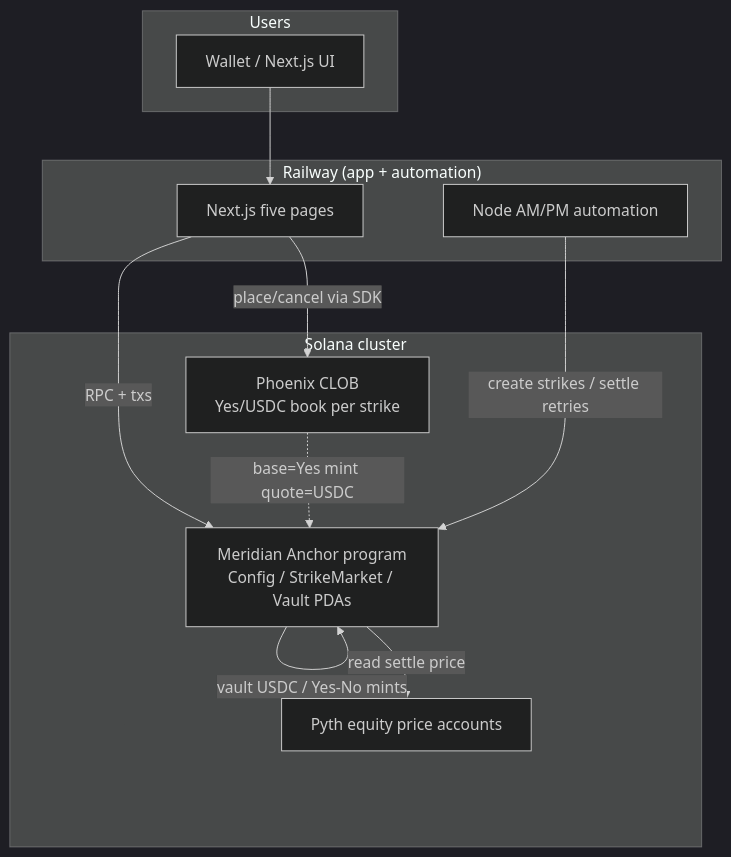
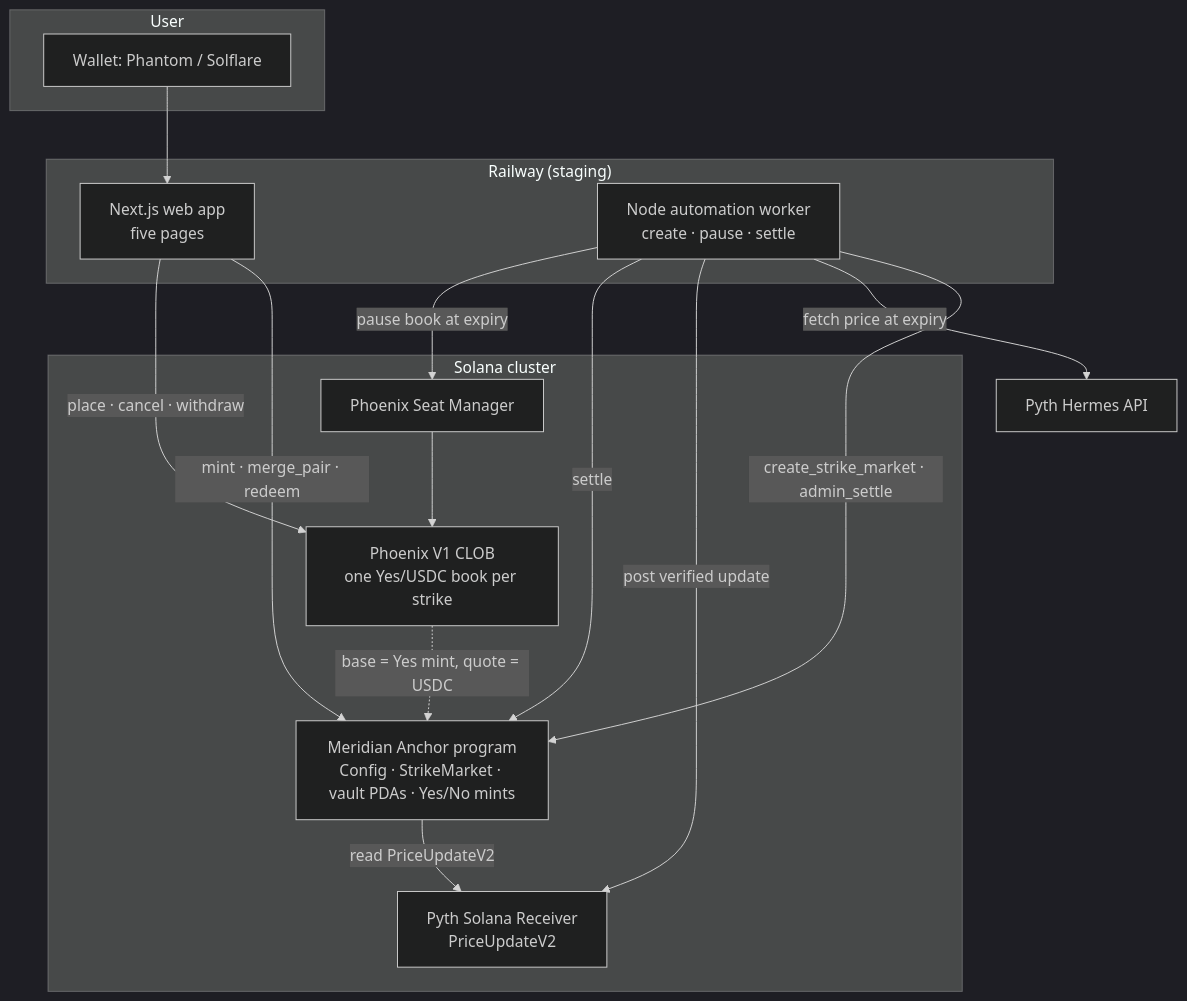
One commit to debudash/meridian-binMAG7-predictionmkt changed the first of 2 diagrams in docs/ARCHITECTURE.md. Above: the diagram before and after it, drawn with Mermaid (dark theme). The commit also changed other lines of this file and 31 other files, not shown here.

````diff
--- a/docs/ARCHITECTURE.md
+++ b/docs/ARCHITECTURE.md
@@ -7,25 +7,32 @@
 ```mermaid
 flowchart TB
-  subgraph Users
-    W[Wallet / Next.js UI]
+  subgraph User
+    W[Wallet: Phantom / Solflare]
   end
 
-  subgraph Railway["Railway (app + automation)"]
-    NX[Next.js five pages]
-    AUTO[Node AM/PM automation]
+  subgraph Railway["Railway (staging)"]
+    NX[Next.js web app<br/>five pages]
+    AUTO[Node automation worker<br/>create · pause · settle]
   end
 
   subgraph Solana["Solana cluster"]
-    PROG[Meridian Anchor program<br/>Config / StrikeMarket / Vault PDAs]
-    PHX[Phoenix CLOB<br/>Yes/USDC book per strike]
-    PYTH[Pyth equity price accounts]
+    PROG[Meridian Anchor program<br/>Config · StrikeMarket · vault PDAs · Yes/No mints]
+    PHX[Phoenix V1 CLOB<br/>one Yes/USDC book per strike]
+    PSM[Phoenix Seat Manager]
+    RCV[Pyth Solana Receiver<br/>PriceUpdateV2]
   end
 
+  HERMES[Pyth Hermes API]
+
   W --> NX
-  NX -->|RPC + txs| PROG
-  NX -->|place/cancel via SDK| PHX
-  AUTO -->|create strikes / settle retries| PROG
-  PROG -->|vault USDC / Yes-No mints| PROG
-  PROG -->|read settle price| PYTH
-  PHX -.->|base=Yes mint quote=USDC| PROG
+  NX -->|mint · merge_pair · redeem| PROG
+  NX -->|place · cancel · withdraw| PHX
+  AUTO -->|create_strike_market · admin_settle| PROG
+  AUTO -->|fetch price at expiry| HERMES
+  AUTO -->|post verified update| RCV
+  AUTO -->|settle| PROG
+  AUTO -->|pause book at expiry| PSM
+  PSM --> PHX
+  PROG -->|read PriceUpdateV2| RCV
+  PHX -.->|base = Yes mint, quote = USDC| PROG
 ```
````
